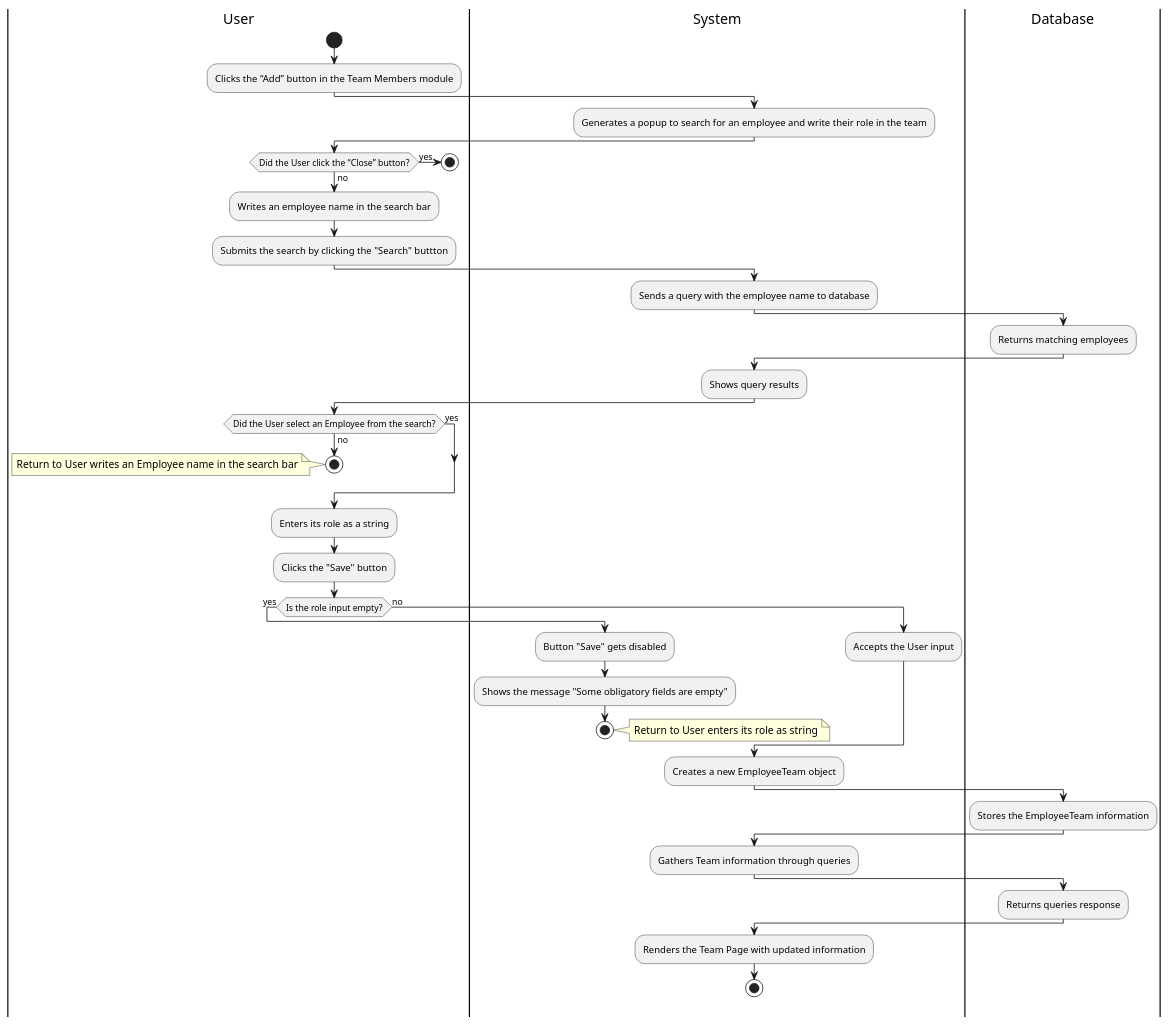
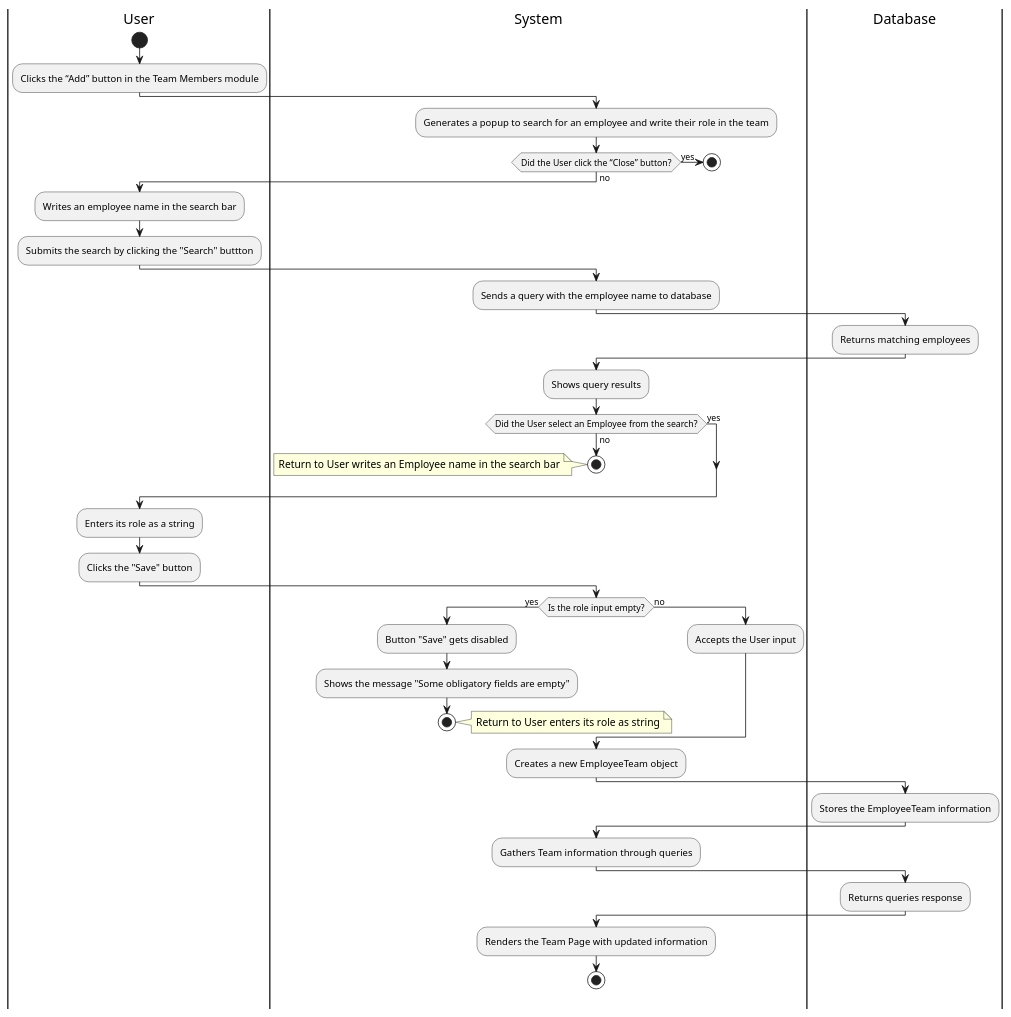
One commit to Berthou05/LimboSoftwareDevelopment_Change.org changed the diagram in documentation/activity_diagrams/TEAM-06-02-ActivityDiagram.puml. Above: the diagram before and after it, drawn with PlantUML. The commit also changed 3 other files, not shown here.

Commit message:
[DOCS] Correction of Activity Diagrams

```diff
--- a/documentation/activity_diagrams/TEAM-06-02-ActivityDiagram.puml
+++ b/documentation/activity_diagrams/TEAM-06-02-ActivityDiagram.puml
@@ -1,60 +1,62 @@
 @startuml
 |User|
 start
 :Clicks the “Add” button in the Team Members module;
 |System|
 :Generates a popup to search for an employee and write their role in the team;
-|User|
+
 if(Did the User click the “Close” button?) is (yes) then
     stop
 else(no)
+|User|
 :Writes an employee name in the search bar;
 :Submits the search by clicking the "Search" buttton;
 |System|
 :Sends a query with the employee name to database;
 |Database|
 :Returns matching employees;
 |System|
 :Shows query results;
-|User|
+
 if(Did the User select an Employee from the search?) is (no) then
-    |User|
+    |System|
     stop
     note left
     Return to User writes an Employee name in the search bar
     end note
     
 else(yes)
     
 
 end if
 |User|
 :Enters its role as a string;
 :Clicks the "Save" button;
+    |System|
     if(Is the role input empty?) is (yes) then
     |System|
     :Button "Save" gets disabled;
     :Shows the message "Some obligatory fields are empty";
     stop
     note right
         Return to User enters its role as string
     end note
     
 
     else(no)
     |System|
     :Accepts the User input;
     end if
 
 |System|
 :Creates a new EmployeeTeam object;
 |Database|
 :Stores the EmployeeTeam information;
 |System|
 :Gathers Team information through queries;
 |Database|
 :Returns queries response;
 |System|
 :Renders the Team Page with updated information;
 stop
 @enduml
```
